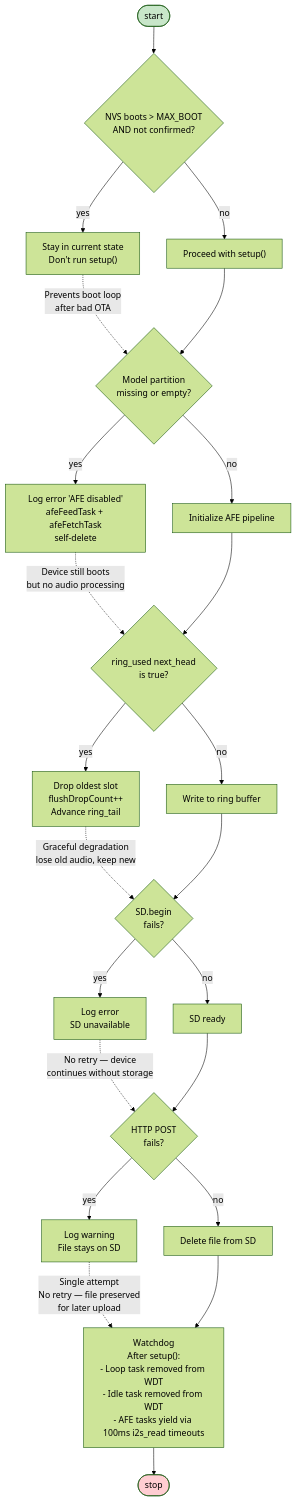
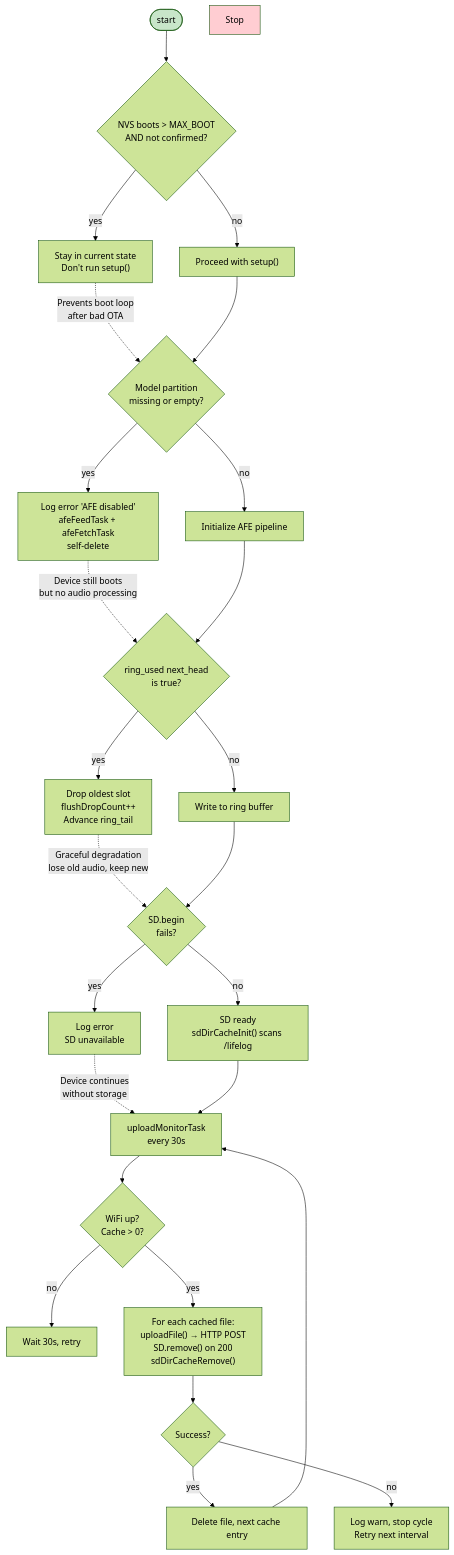
One commit to dlgreenwald/lifelog changed the sixth of 6 diagrams in firmware-ota/ARCHITECTURE.md. Above: the diagram before and after it, drawn with Mermaid (forest theme). The commit also changed other lines of this file and 17 other files, not shown here.

First line of the commit message:
feat(firmware): AGC 45dB ceiling + 20dB seed, async upload task, Opus stream reinit, OAuth retry, token sanity (#116)

````diff
--- a/firmware-ota/ARCHITECTURE.md
+++ b/firmware-ota/ARCHITECTURE.md
@@ -285,41 +314,40 @@
 ```mermaid
 flowchart TB
     Start(["start"])
 
     Start --> BR{NVS boots > MAX_BOOT<br/>AND not confirmed?}
     BR -->|"yes"| BR1["Stay in current state<br/>Don't run setup()"]
     BR -->|"no"| BR2["Proceed with setup()"]
     BR1 -.->|"Prevents boot loop<br/>after bad OTA"| AFE
 
     BR2 --> AFE
     AFE{Model partition<br/>missing or empty?}
     AFE -->|"yes"| AFE1["Log error 'AFE disabled'<br/>afeFeedTask + afeFetchTask<br/>self-delete"]
     AFE -->|"no"| AFE2["Initialize AFE pipeline"]
     AFE1 -.->|"Device still boots<br/>but no audio processing"| RBO
     AFE2 --> RBO
 
     RBO{ring_used next_head<br/>is true?}
     RBO -->|"yes"| RBO1["Drop oldest slot<br/>flushDropCount++<br/>Advance ring_tail"]
     RBO -->|"no"| RBO2["Write to ring buffer"]
     RBO1 -.->|"Graceful degradation<br/>lose old audio, keep new"| SD
     RBO2 --> SD
 
     SD{SD.begin<br/>fails?}
     SD -->|"yes"| SD1["Log error<br/>SD unavailable"]
-    SD -->|"no"| SD2["SD ready"]
-    SD1 -.->|"No retry — device<br/>continues without storage"| UP
-    SD2 --> UP
+    SD -->|"no"| SD2["SD ready<br/>sdDirCacheInit() scans /lifelog"]
+    SD1 -.->|"Device continues<br/>without storage"| MON
+    SD2 --> MON
 
-    UP{HTTP POST<br/>fails?}
-    UP -->|"yes"| UP1["Log warning<br/>File stays on SD"]
-    UP -->|"no"| UP2["Delete file from SD"]
-    UP1 -.->|"Single attempt<br/>No retry — file preserved<br/>for later upload"| WD
-    UP2 --> WD
-
-    WD["Watchdog<br/>After setup():<br/>- Loop task removed from WDT<br/>- Idle task removed from WDT<br/>- AFE tasks yield via 100ms i2s_read timeouts"]
-
-    WD --> Stop(["stop"])
+    MON["uploadMonitorTask<br/>every 30s"]
+    MON --> UP{WiFi up?<br/>Cache > 0?}
+    UP -->|"no"| MONW["Wait 30s, retry"]
+    UP -->|"yes"| MONS["For each cached file:<br/>uploadFile() → HTTP POST<br/>SD.remove() on 200<br/>sdDirCacheRemove()"]
+    MONS --> SU{Success?}
+    SU -->|"yes"| SUC["Delete file, next cache entry"]
+    SU -->|"no"| FAIL["Log warn, stop cycle<br/>Retry next interval"]
+    SUC --> MON
 
     style Start fill:#c8e6c9
     style Stop fill:#ffcdd2
 ```
````
